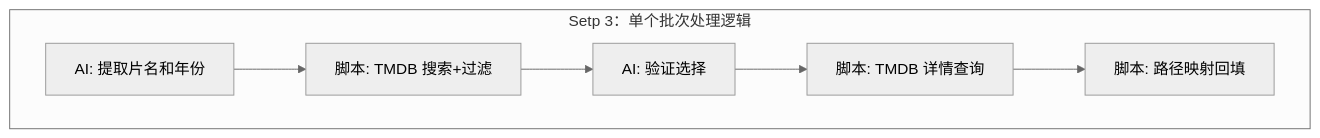
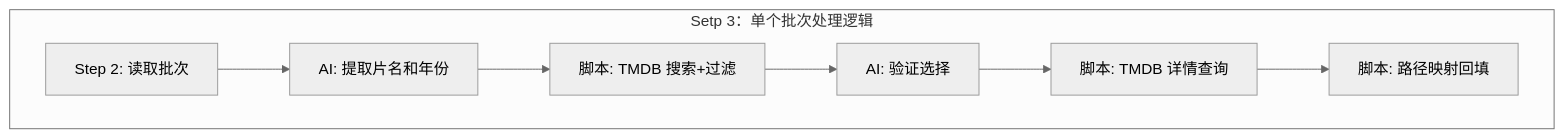
The second of 2 diagrams in SKILL.md (zengge96/tmdb-scrape), drawn with Mermaid (neutral theme) before and after one commit. The commit also changed other lines of this file, not shown here.

````diff
--- a/SKILL.md
+++ b/SKILL.md
@@ -21,9 +20,10 @@
 ```mermaid
 graph TD
 subgraph "Setp 3：单个批次处理逻辑"
-D1[AI: 提取片名和年份] --> D2[脚本: TMDB 搜索+过滤]
-D2 --> D3[AI: 验证选择]
-D3 --> D4[脚本: TMDB 详情查询]
-D4 --> D5[脚本: 路径映射回填]
+C1[Step 2: 读取批次] --> C2[AI: 提取片名和年份]
+C2 --> C3[脚本: TMDB 搜索+过滤]
+C3 --> C4[AI: 验证选择]
+C4 --> C5[脚本: TMDB 详情查询]
+C5 --> C6[脚本: 路径映射回填]
 end
 ```
````
